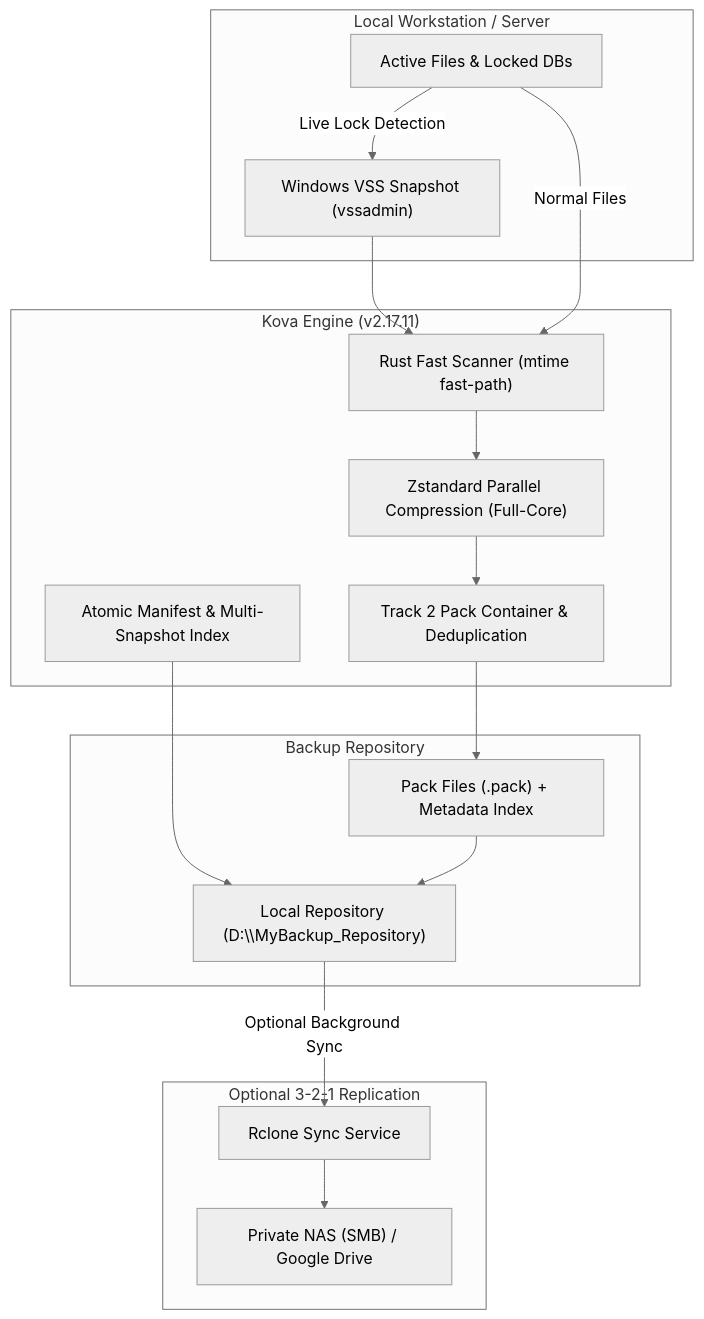
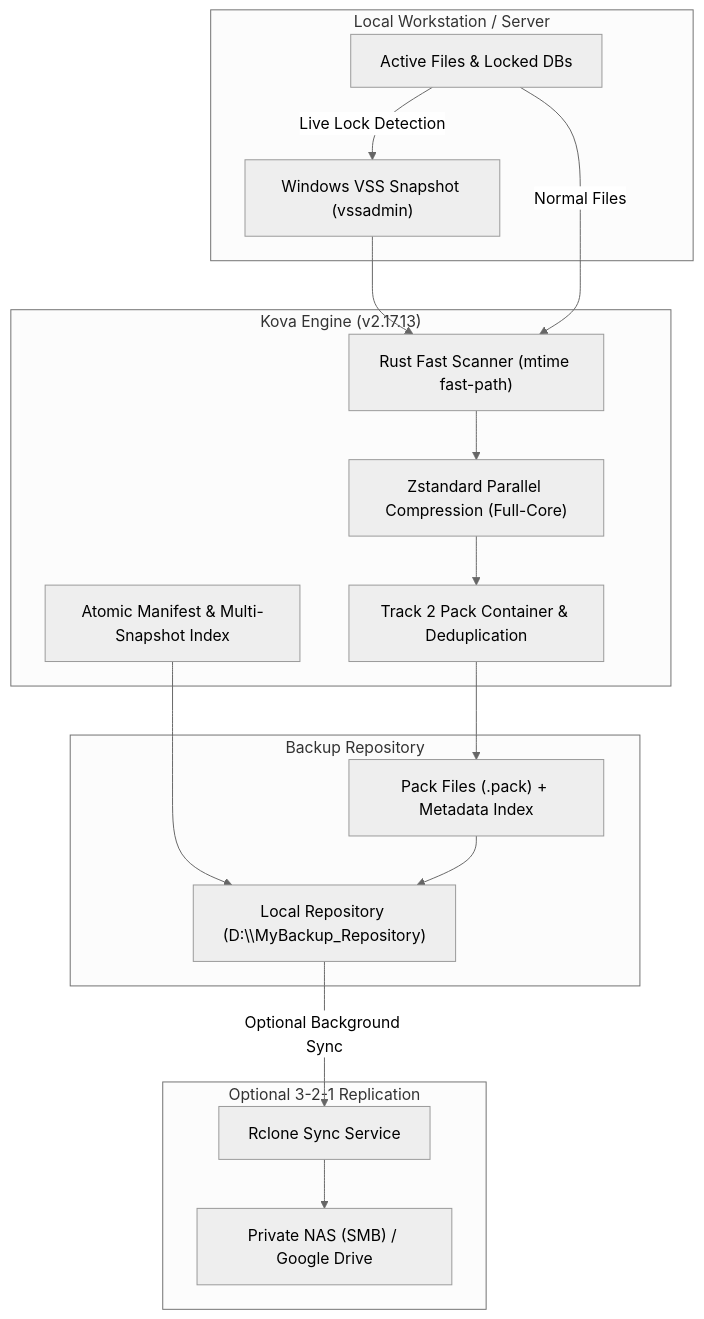
One commit to kks3365550/Kova changed the diagram in README.md. Above: the diagram before and after it, drawn with Mermaid (neutral theme). The commit also changed other lines of this file and 600 other files, not shown here.

````diff
--- a/README.md
+++ b/README.md
@@ -48,35 +48,35 @@
 ```mermaid
 flowchart TD
     subgraph Sources["Local Workstation / Server"]
         SourceFiles["Active Files & Locked DBs"]
         VSS["Windows VSS Snapshot (vssadmin)"]
     end
 
-    subgraph CoreEngine["Kova Engine (v2.17.11)"]
+    subgraph CoreEngine["Kova Engine (v2.17.13)"]
         Scanner["Rust Fast Scanner (mtime fast-path)"]
         Compressor["Zstandard Parallel Compression (Full-Core)"]
         Packer["Track 2 Pack Container & Deduplication"]
         Manifest["Atomic Manifest & Multi-Snapshot Index"]
     end
 
     subgraph Storage["Backup Repository"]
         LocalRepo["Local Repository (D:\\MyBackup_Repository)"]
         PackBlobs["Pack Files (.pack) + Metadata Index"]
     end
 
     subgraph Offsite["Optional 3-2-1 Replication"]
         RcloneSync["Rclone Sync Service"]
         CloudNAS["Private NAS (SMB) / Google Drive"]
     end
 
     SourceFiles -->|Live Lock Detection| VSS
     VSS --> Scanner
     SourceFiles -->|Normal Files| Scanner
     Scanner --> Compressor
     Compressor --> Packer
     Packer --> PackBlobs
     Manifest --> LocalRepo
     PackBlobs --> LocalRepo
     LocalRepo -->|Optional Background Sync| RcloneSync
     RcloneSync --> CloudNAS
 ```
````
